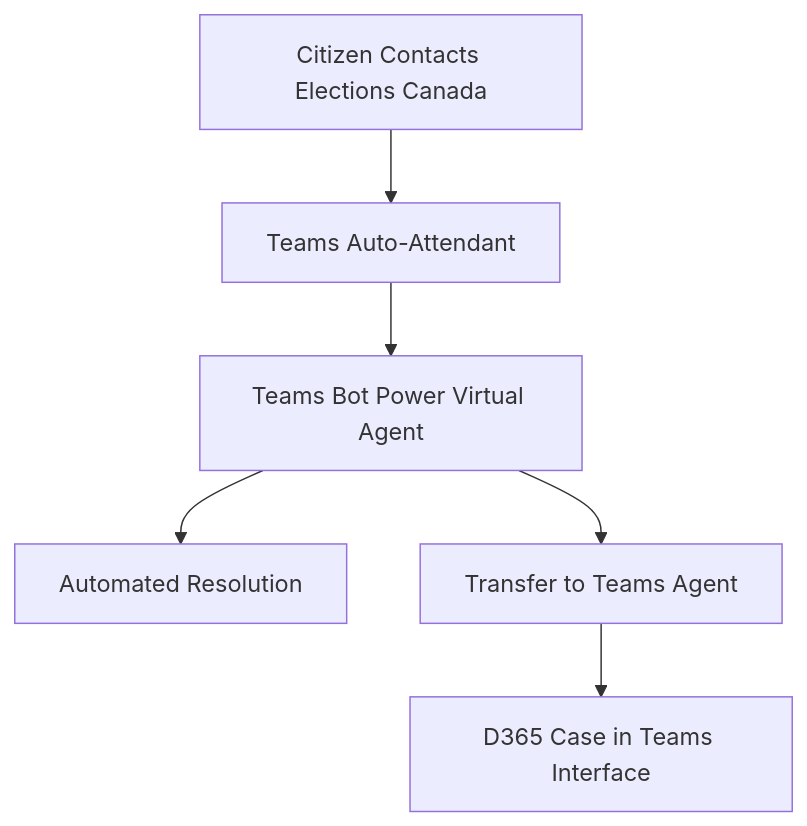
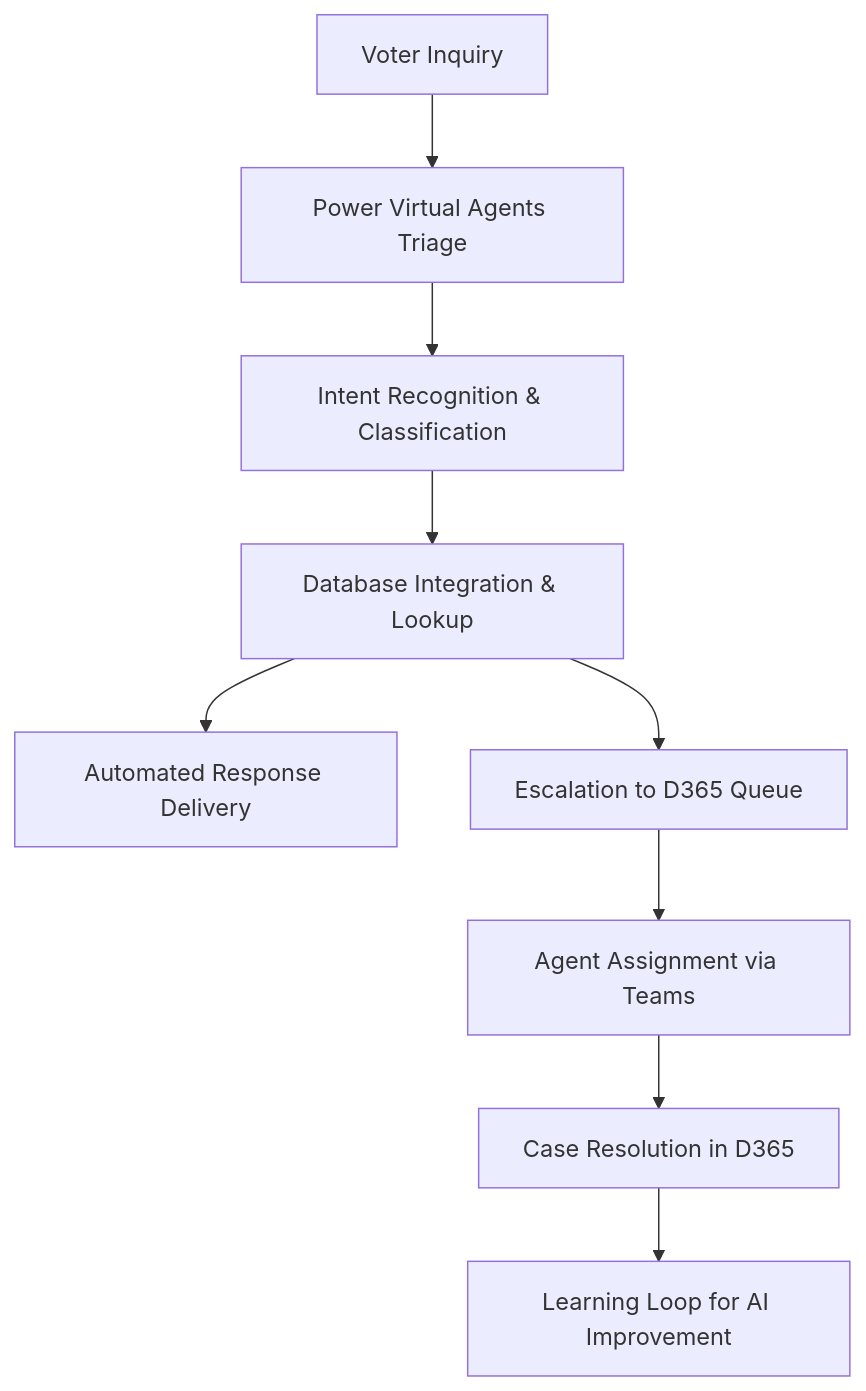
Before and after one commit to Cloudstrucc/Public: the sixth of 9 diagrams in docs/DCC/readme.md, drawn with Mermaid. The commit also changed other lines of this file and 4 other files, not shown here.

````diff
--- a/docs/DCC/readme.md
+++ b/docs/DCC/readme.md
@@ -624,8 +690,11 @@
 ```mermaid
 graph TD
-    A[Citizen Contacts Elections Canada] --> B[Teams Auto-Attendant]
-    B --> C[Teams Bot Power Virtual Agent]
-    C --> D[Automated Resolution]
-    C --> E[Transfer to Teams Agent]
-    E --> F[D365 Case in Teams Interface]
+    A[Voter Inquiry] --> B[Power Virtual Agents Triage]
+    B --> C[Intent Recognition & Classification]
+    C --> D[Database Integration & Lookup]
+    D --> E[Automated Response Delivery]
+    D --> F[Escalation to D365 Queue]
+    F --> G[Agent Assignment via Teams]
+    G --> H[Case Resolution in D365]
+    H --> I[Learning Loop for AI Improvement]
 ```
````
